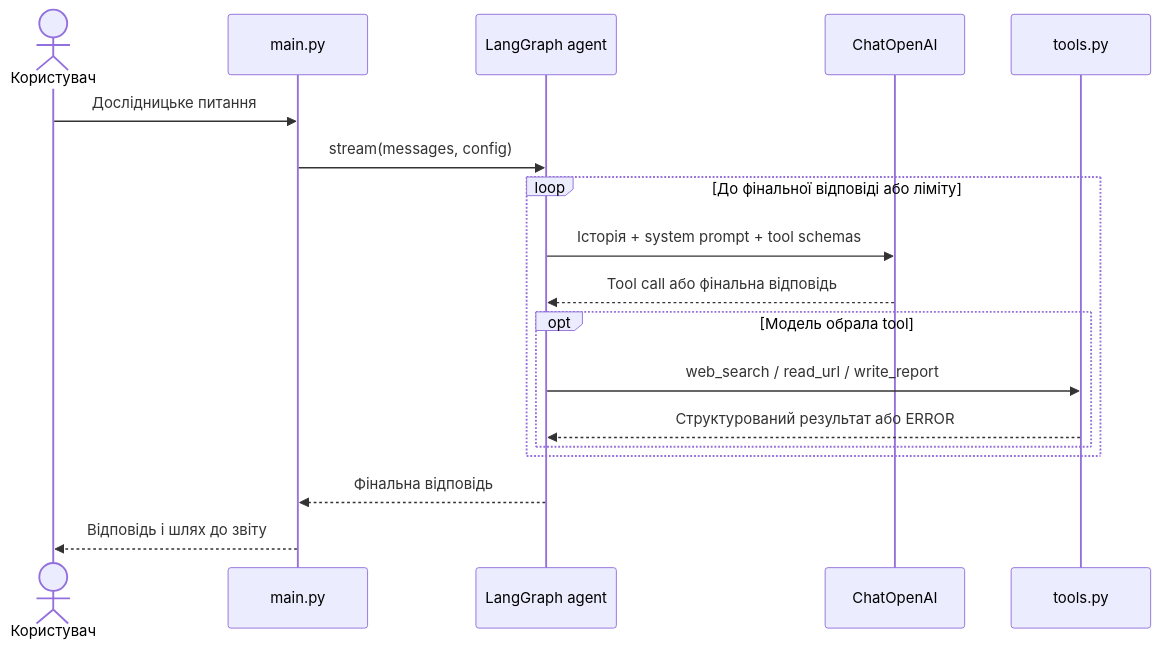
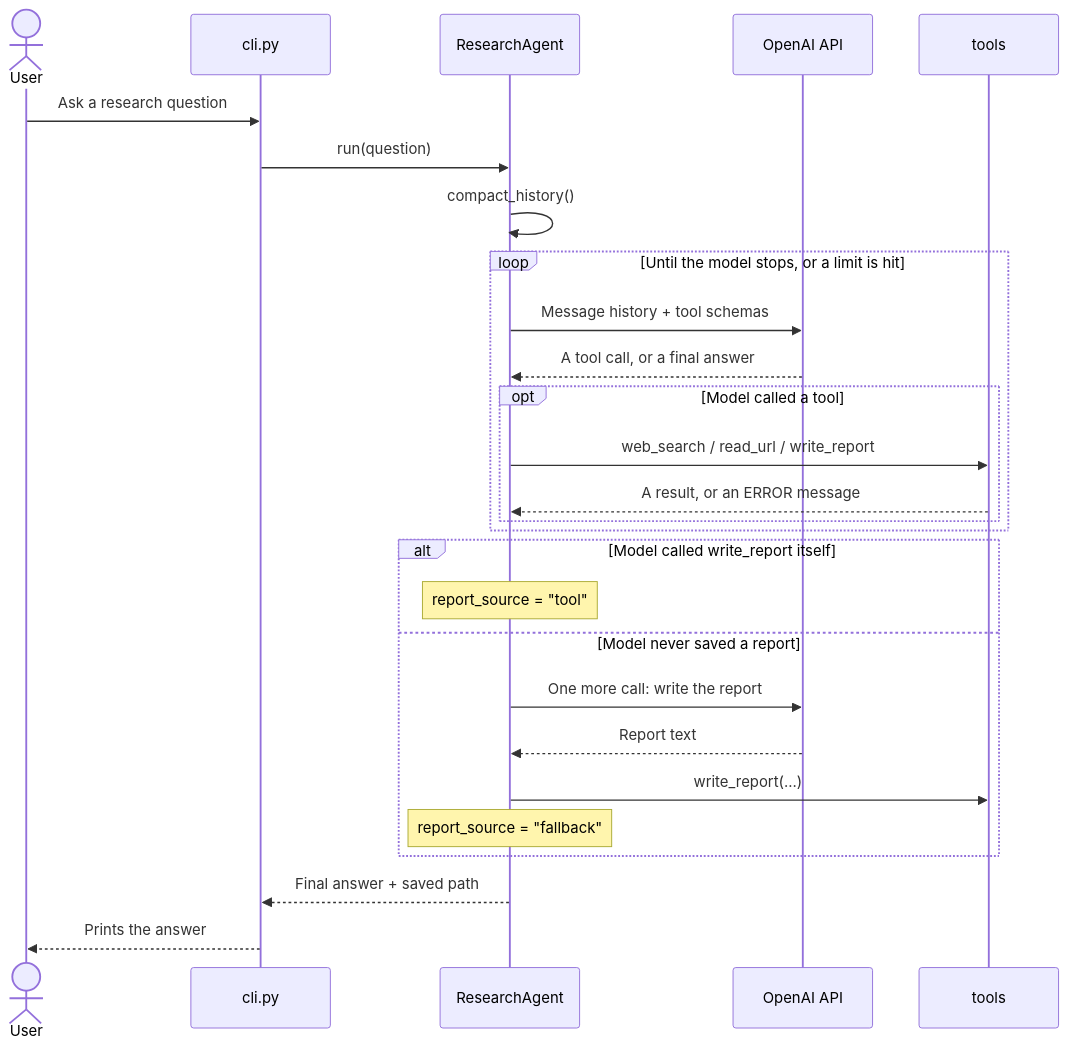
Before and after one commit to felkost/Multi-Agent-systems-homework-lesson-4: the second of 2 diagrams in README.md, drawn with Mermaid. The commit also changed other lines of this file, not shown here.

````diff
--- a/README.md
+++ b/README.md
@@ -44,21 +85,30 @@
 ```mermaid
 sequenceDiagram
-    actor U as Користувач
-    participant C as main.py
-    participant A as LangGraph agent
-    participant M as ChatOpenAI
-    participant T as tools.py
+    actor U as User
+    participant CLI as cli.py
+    participant AG as ResearchAgent
+    participant API as OpenAI API
+    participant T as tools
 
-    U->>C: Дослідницьке питання
-    C->>A: stream(messages, config)
-    loop До фінальної відповіді або ліміту
-        A->>M: Історія + system prompt + tool schemas
-        M-->>A: Tool call або фінальна відповідь
-        opt Модель обрала tool
-            A->>T: web_search / read_url / write_report
-            T-->>A: Структурований результат або ERROR
+    U->>CLI: Ask a research question
+    CLI->>AG: run(question)
+    AG->>AG: compact_history()
+    loop Until the model stops, or a limit is hit
+        AG->>API: Message history + tool schemas
+        API-->>AG: A tool call, or a final answer
+        opt Model called a tool
+            AG->>T: web_search / read_url / write_report
+            T-->>AG: A result, or an ERROR message
         end
     end
-    A-->>C: Фінальна відповідь
-    C-->>U: Відповідь і шлях до звіту
+    alt Model called write_report itself
+        Note over AG: report_source = "tool"
+    else Model never saved a report
+        AG->>API: One more call: write the report
+        API-->>AG: Report text
+        AG->>T: write_report(...)
+        Note over AG: report_source = "fallback"
+    end
+    AG-->>CLI: Final answer + saved path
+    CLI-->>U: Prints the answer
 ```
````
